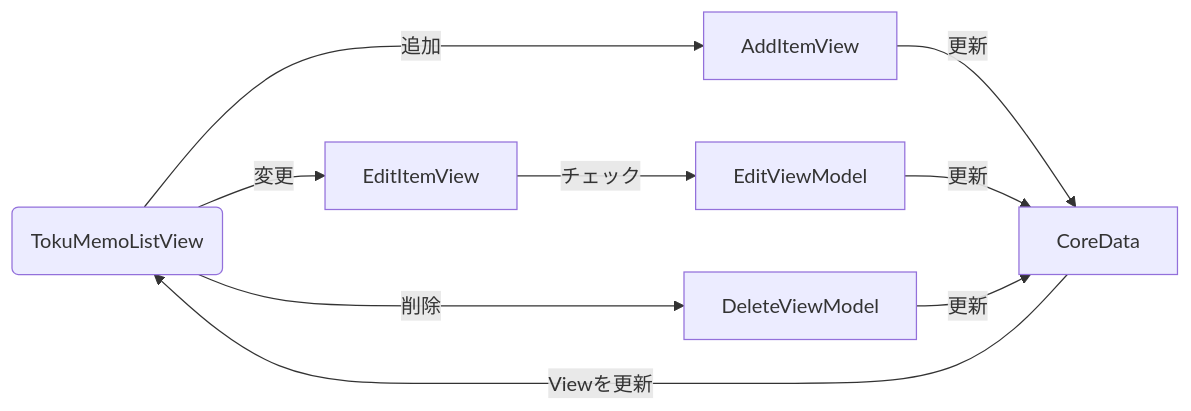
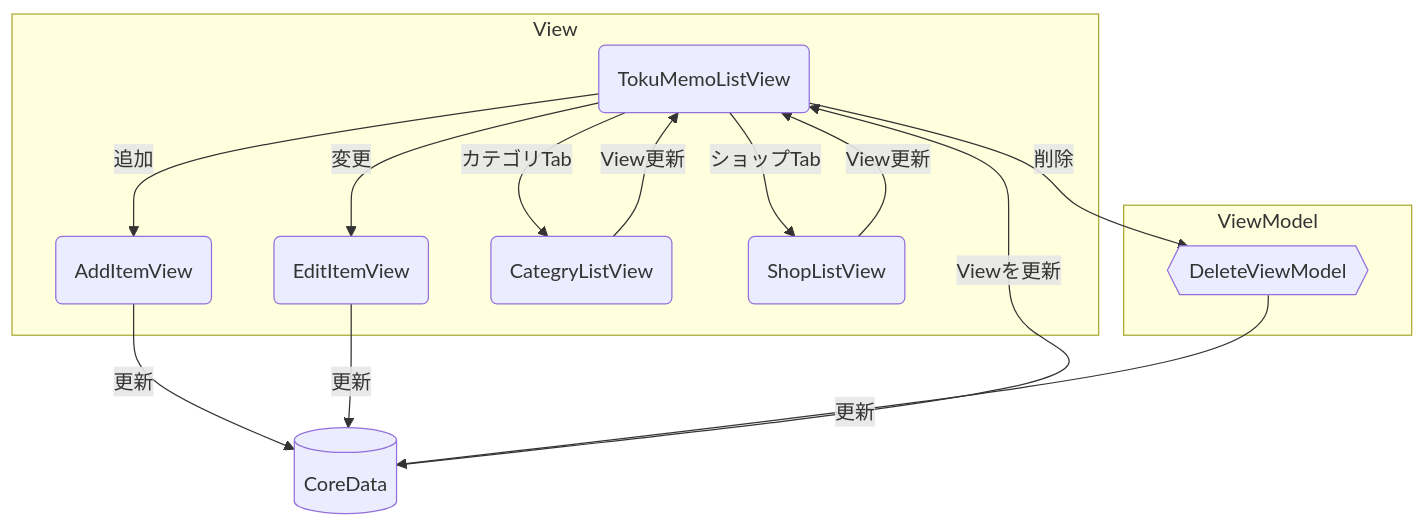
One commit to ymp-a/tokuMemo changed the first of 3 diagrams in README.md. Above: the diagram before and after it, drawn with Mermaid. The commit also changed other lines of this file, not shown here.

````diff
--- a/README.md
+++ b/README.md
@@ -22,7 +39,19 @@
 ```mermaid
-graph LR;
-  1(TokuMemoListView)--追加-->AddItemView--更新-->CoreData;
-  1--変更-->EditItemView--チェック-->EditViewModel--更新-->CoreData;
-  1--削除-->DeleteViewModel--更新-->CoreData;
-  CoreData--Viewを更新-->1
+graph TB;
+  subgraph View
+  1
+  A
+  E
+  CA
+  SH
+  end
+  subgraph ViewModel
+  Dm
+  end
+  1(TokuMemoListView)--追加-->A(AddItemView)--更新-->C[(CoreData)]
+  1--変更-->E(EditItemView)--更新-->C
+  1--削除-->Dm{{DeleteViewModel}}--更新-->C
+  1--カテゴリTab-->CA(CategryListView)--View更新-->1
+  1--ショップTab-->SH(ShopListView)--View更新-->1
+  C--Viewを更新-->1
 ```
````
